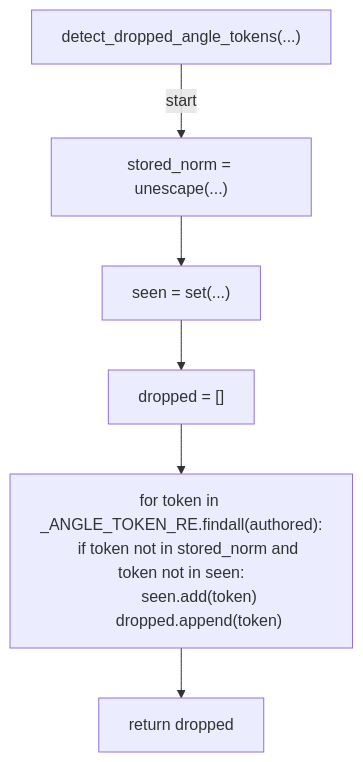
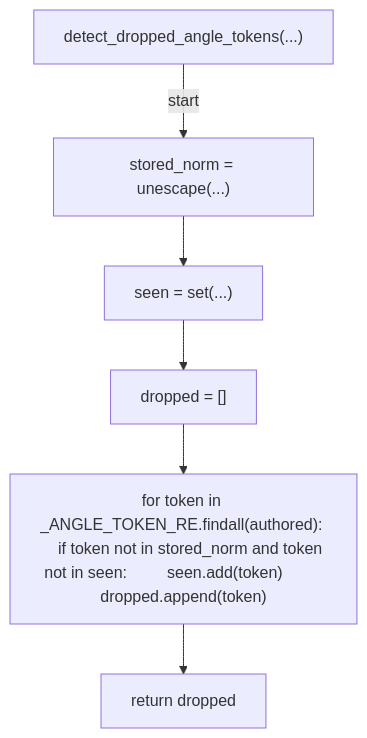
One commit to tvna/claude-md changed diagram 13 of 25 in docs/generated/scripts/ast/body_policy.md. Above: the diagram before and after it, drawn with Mermaid. The commit also changed other lines of this file and 20 other files, not shown here.

First line of the commit message:
docs(generated): regenerate decision tree and workflow diagrams (batch 1/5)

````diff
--- a/docs/generated/scripts/ast/body_policy.md
+++ b/docs/generated/scripts/ast/body_policy.md
@@ -305,17 +244,14 @@
 ```mermaid
 flowchart TD
     N001["detect_dropped_angle_tokens(...)"]
     N002["stored_norm = unescape(...)"]
     N003["seen = set(...)"]
     N004["dropped = []"]
-    N005["for token in _ANGLE_TOKEN_RE.findall(authored):
-    if token not in stored_norm and token not in seen:
-        seen.add(token)
-        dropped.append(token)"]
+    N005["for token in _ANGLE_TOKEN_RE.findall(authored):     if token not in stored_norm and token not in seen:         seen.add(token)         dropped.append(token)"]
     N006["return dropped"]
     N001 -->|"start"| N002
     N002 --> N003
     N003 --> N004
     N004 --> N005
     N005 --> N006
 ```
````
